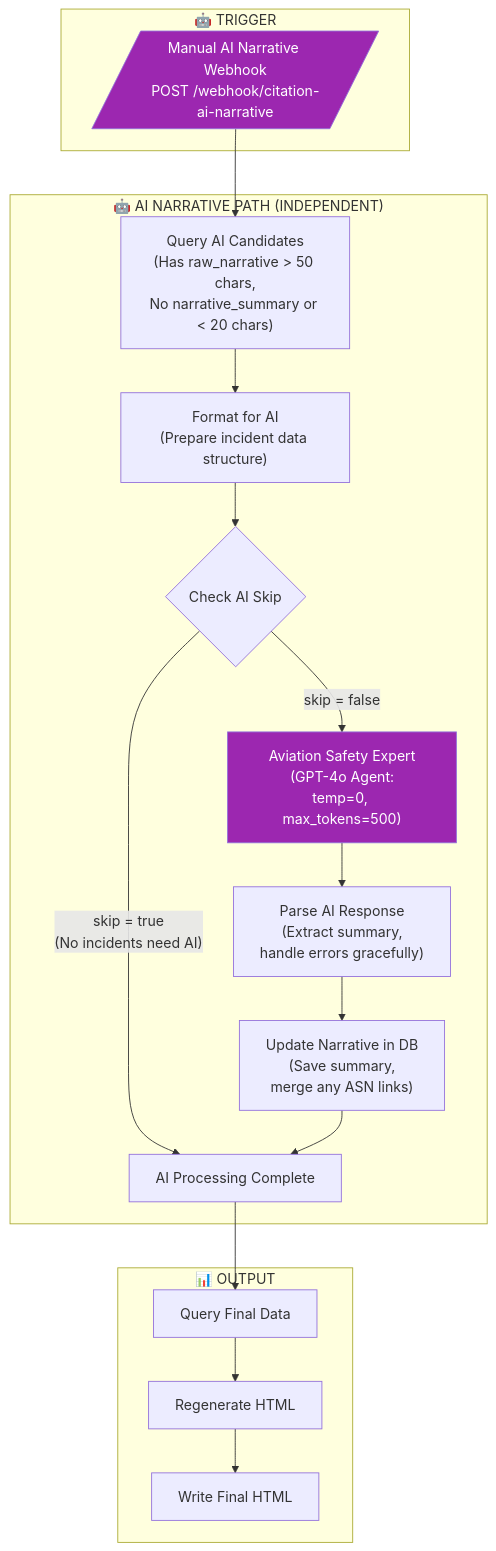
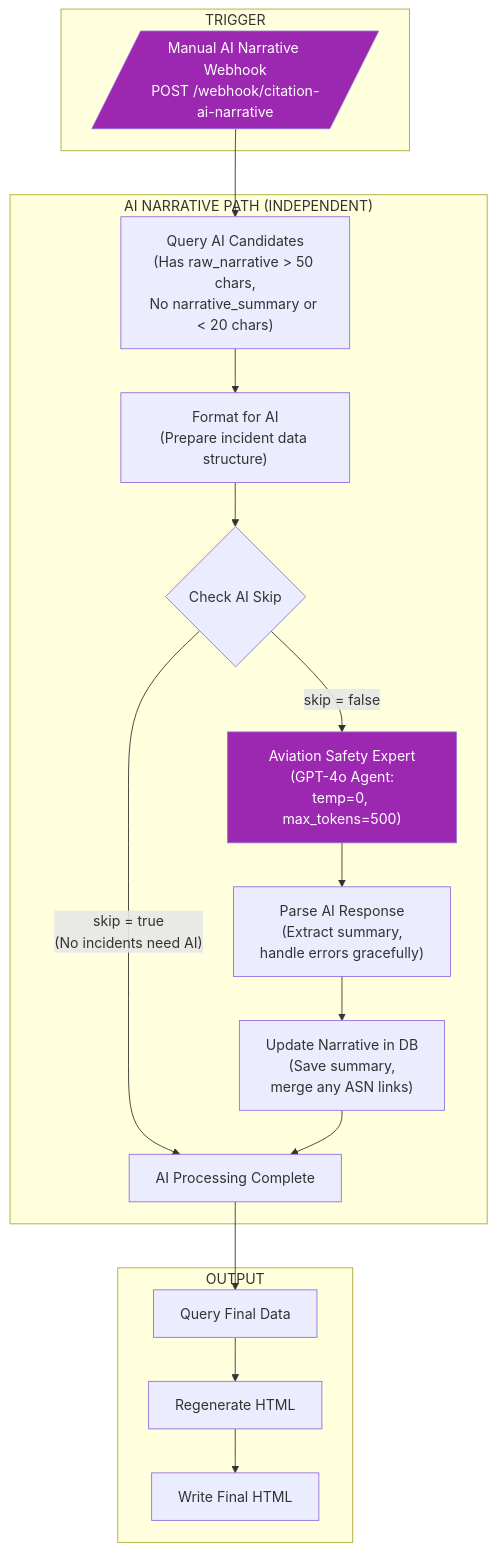
The eighth of 11 diagrams in README.md (rjsears/aircraft_accident_tracker), drawn with Mermaid before and after one commit. The commit also changed other lines of this file, not shown here.

````diff
--- a/README.md
+++ b/README.md
@@ -615,40 +615,40 @@
 ```mermaid
 flowchart TB
-    subgraph TRIGGER["🤖 TRIGGER"]
+    subgraph TRIGGER["TRIGGER"]
         T5[/"Manual AI Narrative Webhook<br/>POST /webhook/citation-ai-narrative"/]
     end
 
-    subgraph AIPATH["🤖 AI NARRATIVE PATH (INDEPENDENT)"]
+    subgraph AIPATH["AI NARRATIVE PATH (INDEPENDENT)"]
         QAC["Query AI Candidates<br/>(Has raw_narrative > 50 chars,<br/>No narrative_summary or < 20 chars)"]
         FFA["Format for AI<br/>(Prepare incident data structure)"]
         CAS{"Check AI Skip"}
         APC["AI Processing Complete"]
         ASE["Aviation Safety Expert<br/>(GPT-4o Agent:<br/>temp=0, max_tokens=500)"]
         PAR["Parse AI Response<br/>(Extract summary,<br/>handle errors gracefully)"]
         UND["Update Narrative in DB<br/>(Save summary,<br/>merge any ASN links)"]
     end
 
-    subgraph OUTPUT["📊 OUTPUT"]
+    subgraph OUTPUT["OUTPUT"]
         QFD["Query Final Data"]
         RH["Regenerate HTML"]
         WFH["Write Final HTML"]
     end
 
     T5 --> QAC
     QAC --> FFA
     FFA --> CAS
     
     CAS -->|"skip = true<br/>(No incidents need AI)"| APC
     CAS -->|"skip = false"| ASE
     
     ASE --> PAR
     PAR --> UND
     UND --> APC
     
     APC --> QFD
     QFD --> RH
     RH --> WFH
 
     style T5 fill:#9C27B0,color:#fff
     style ASE fill:#9C27B0,color:#fff
 ```
````
